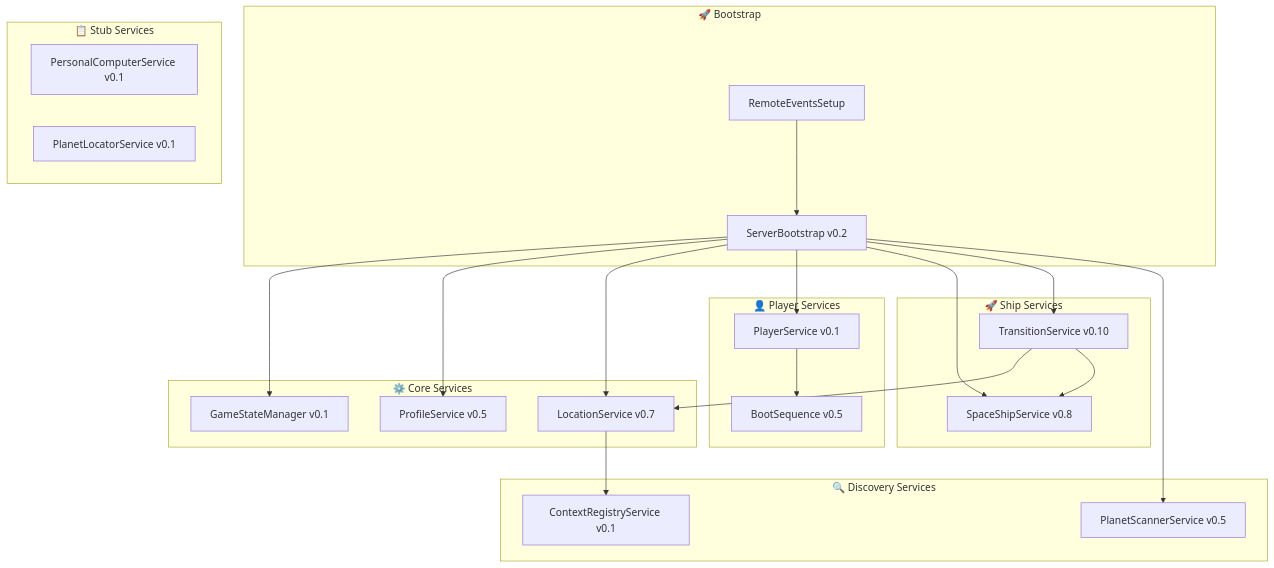
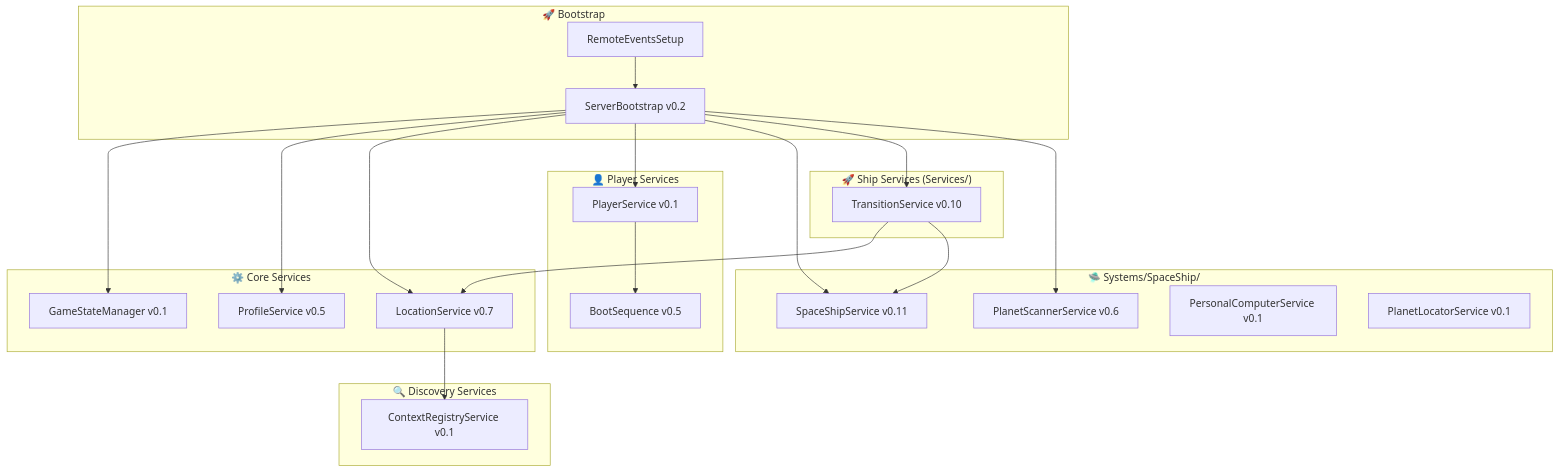
Before and after one commit to nick-fedchik/CallOfRelics: the second of 18 diagrams in Docs/TechDesign/ARCHITECTURE.md, drawn with Mermaid. The commit also changed other lines of this file and 8 other files, not shown here.

First line of the commit message:
refactor: Move SpaceShip services from Services/ to Systems/SpaceShip/

````diff
--- a/Docs/TechDesign/ARCHITECTURE.md
+++ b/Docs/TechDesign/ARCHITECTURE.md
@@ -80,47 +80,47 @@
 ```mermaid
 flowchart TB
     subgraph Bootstrap["🚀 Bootstrap"]
         RES[RemoteEventsSetup]
         SB[ServerBootstrap v0.2]
     end
 
     subgraph Core["⚙️ Core Services"]
         GSM[GameStateManager v0.1]
         PS[ProfileService v0.5]
         LS[LocationService v0.7]
     end
 
     subgraph Player["👤 Player Services"]
         PLS[PlayerService v0.1]
         BS[BootSequence v0.5]
     end
 
-    subgraph Ship["🚀 Ship Services"]
-        SSS[SpaceShipService v0.8]
+    subgraph Ship["🚀 Ship Services (Services/)"]
         TS[TransitionService v0.10]
     end
 
     subgraph Discovery["🔍 Discovery Services"]
-        PSS[PlanetScannerService v0.5]
         CRS[ContextRegistryService v0.1]
     end
 
-    subgraph Stubs["📋 Stub Services"]
+    subgraph SpaceShipSys["🛸 Systems/SpaceShip/"]
+        SSS[SpaceShipService v0.11]
+        PSS[PlanetScannerService v0.6]
         PCS[PersonalComputerService v0.1]
         PLOCS[PlanetLocatorService v0.1]
     end
 
     RES --> SB
     SB --> GSM
     SB --> PS
     SB --> LS
     SB --> PLS
     SB --> SSS
     SB --> TS
     SB --> PSS
 
     PLS --> BS
     TS --> LS
     TS --> SSS
     LS --> CRS
 ```
````
